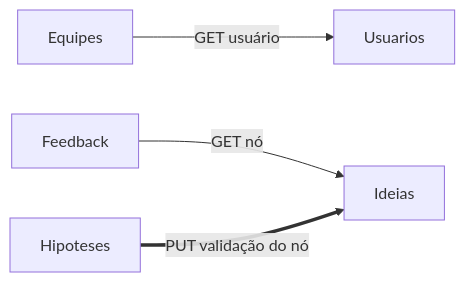
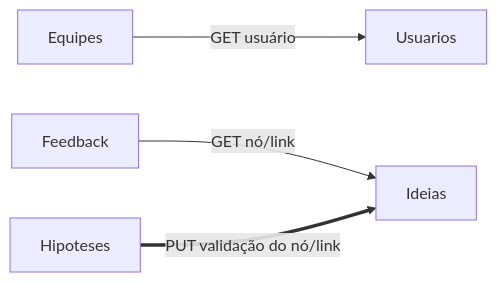
The first of 7 diagrams in README.md (thales-vaz-sousa/Branchstorm), drawn with Mermaid before and after one commit. The commit also changed other lines of this file, not shown here.

Commit message:
Fix team member names and update flowchart link
Updated team member names and modified flowchart descriptions.

````diff
--- a/README.md
+++ b/README.md
@@ -63,6 +63,6 @@
 ```mermaid
 flowchart LR
   Equipes -- "GET usuário" --> Usuarios
-  Feedback -- "GET nó" --> Ideias
-  Hipoteses == "PUT validação do nó" ==> Ideias
+  Feedback -- "GET nó/link" --> Ideias
+  Hipoteses == "PUT validação do nó/link" ==> Ideias
 ```
````
